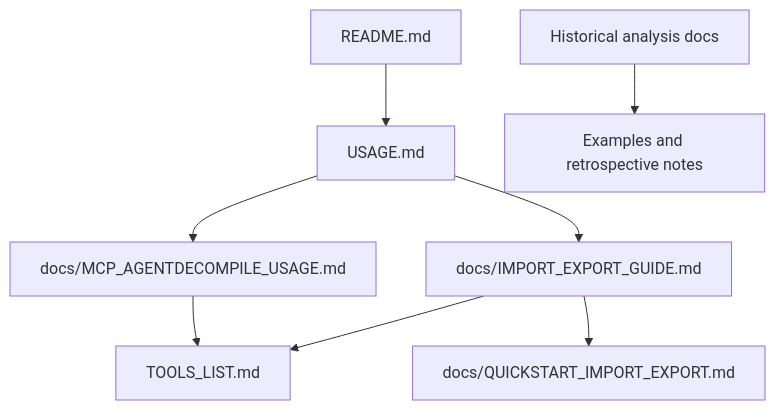
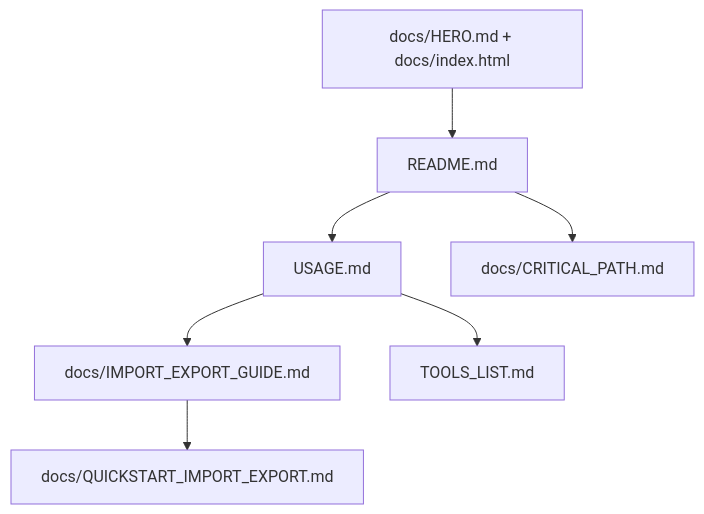
One commit to bolabaden/AgentDecompile changed the diagram in docs/INDEX.md. Above: the diagram before and after it, drawn with Mermaid. The commit also changed other lines of this file and 186 other files, not shown here.

````diff
--- a/docs/INDEX.md
+++ b/docs/INDEX.md
@@ -3,10 +3,10 @@
 ```mermaid
+
 flowchart TD
-  A[README.md] --> B[USAGE.md]
-  B --> C[docs/MCP_AGENTDECOMPILE_USAGE.md]
+  H[docs/HERO.md + docs/index.html] --> A[README.md]
+  A --> B[USAGE.md]
   B --> D[docs/IMPORT_EXPORT_GUIDE.md]
   D --> E[docs/QUICKSTART_IMPORT_EXPORT.md]
-  C --> F[TOOLS_LIST.md]
-  D --> F
-  G[Historical analysis docs] --> H[Examples and retrospective notes]
+  B --> F[TOOLS_LIST.md]
+  A --> G[docs/CRITICAL_PATH.md]
 ```
````
